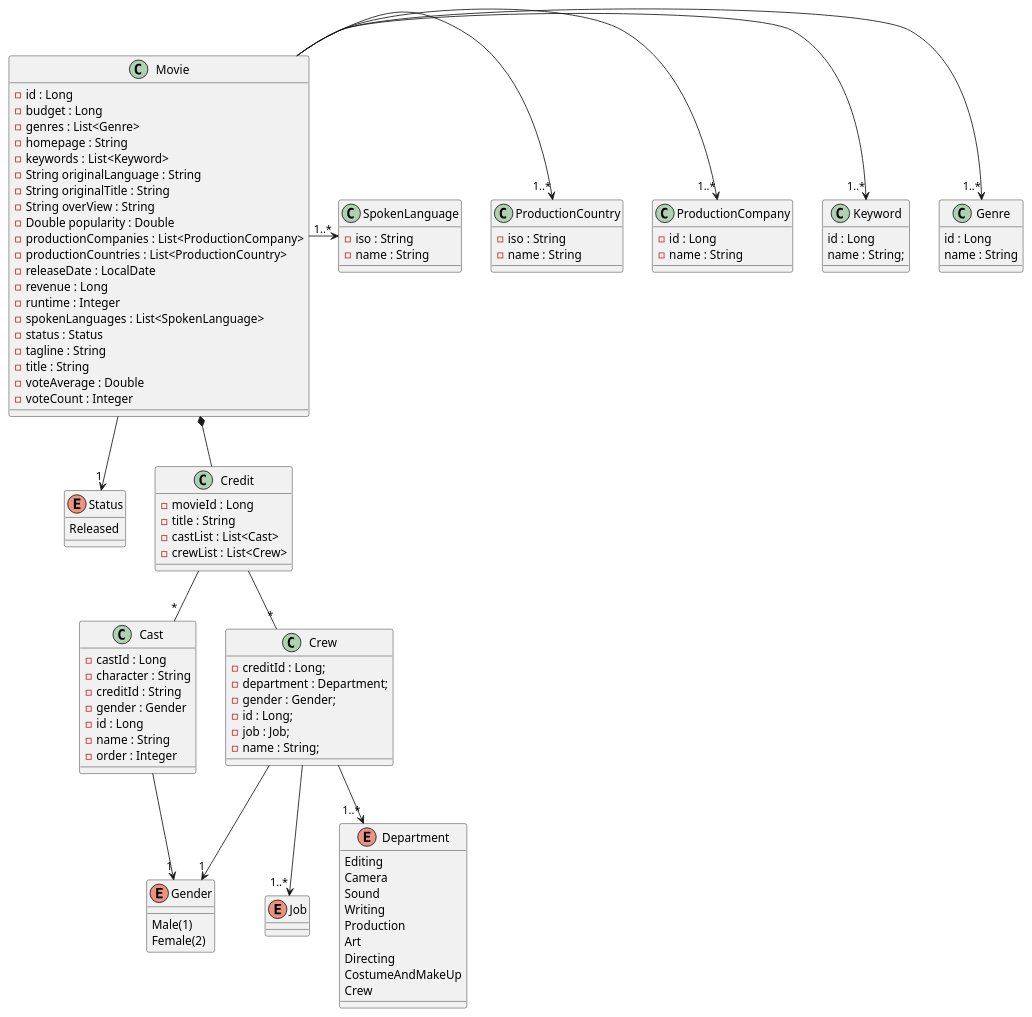
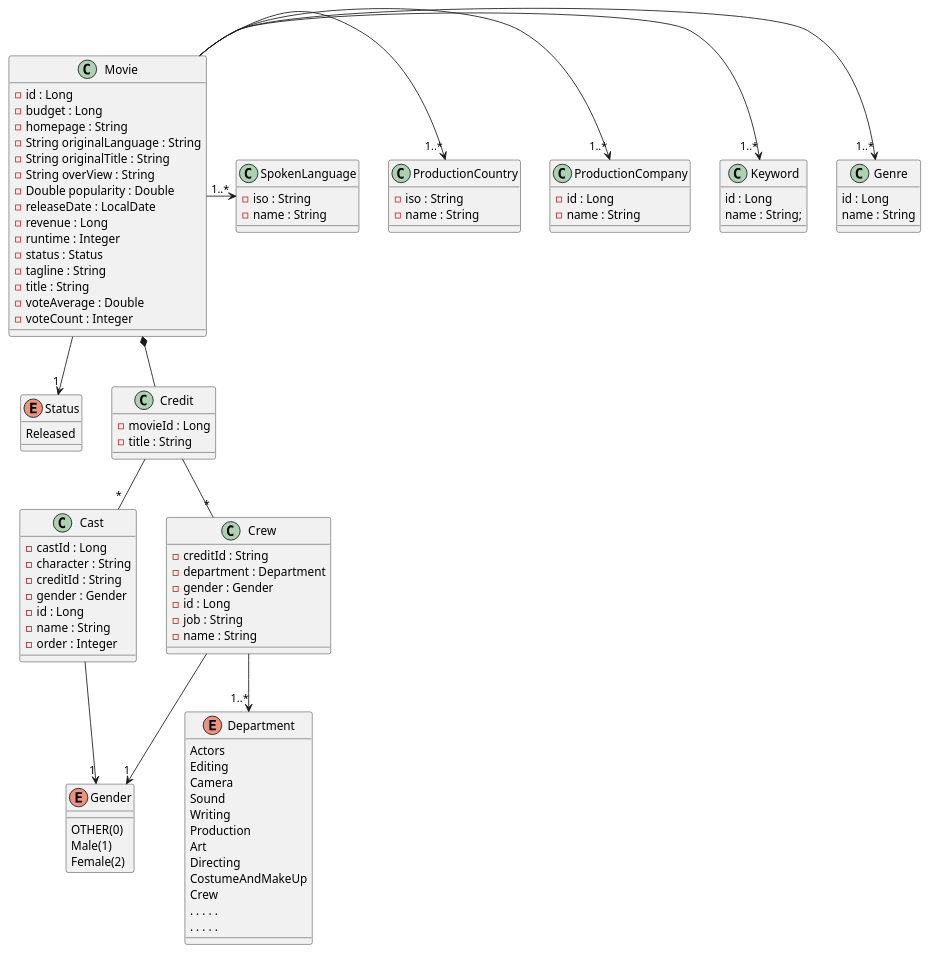
The diagram in src/main/resources/class.puml (rimonmostafiz/fp-movies), drawn with PlantUML before and after one commit. The commit also changed 20 other files, not shown here.

Commit message:
Add CSVFileReader to read tmdb csv data, update models and class diagram

```diff
--- a/src/main/resources/class.puml
+++ b/src/main/resources/class.puml
@@ -1,118 +1,110 @@
 @startuml
 
 skinparam minClassWidth 50
 
 class Movie {
     - id : Long
     - budget : Long
-    - genres : List<Genre>
     - homepage : String
-    - keywords : List<Keyword>
     - String originalLanguage : String
     - String originalTitle : String
     - String overView : String
     - Double popularity : Double
-    - productionCompanies : List<ProductionCompany>
-    - productionCountries : List<ProductionCountry>
     - releaseDate : LocalDate
     - revenue : Long
     - runtime : Integer
-    - spokenLanguages : List<SpokenLanguage>
     - status : Status
     - tagline : String
     - title : String
     - voteAverage : Double
     - voteCount : Integer
 }
 
 class Genre {
     id : Long
     name : String
 }
 
 class Keyword {
     id : Long
     name : String;
 }
 
 enum Gender {
+    OTHER(0)
     Male(1)
     Female(2)
 }
 
 class ProductionCompany {
     - id : Long
     - name : String
 }
 
 class ProductionCountry {
     - iso : String
     - name : String
 }
 
 class SpokenLanguage {
     - iso : String
     - name : String
 }
 
 enum Status {
     Released
 }
 
 class Credit {
     - movieId : Long
     - title : String
-    - castList : List<Cast>
-    - crewList : List<Crew>
 }
 
 class Cast {
     - castId : Long
     - character : String
     - creditId : String
     - gender : Gender
     - id : Long
     - name : String
     - order : Integer
 }
 
 class Crew {
-    - creditId : Long;
-    - department : Department;
-    - gender : Gender;
-    - id : Long;
-    - job : Job;
-    - name : String;
-}
-
-enum Job {
-
+    - creditId : String
+    - department : Department
+    - gender : Gender
+    - id : Long
+    - job : String
+    - name : String
 }
 
 enum Department {
+    Actors
     Editing
     Camera
     Sound
     Writing
     Production
     Art
     Directing
     CostumeAndMakeUp
     Crew
+    . . . . .
+    . . . . .
 }
 
 Movie -> "1..*" Genre
 Movie -> "1..*" Keyword
 Movie -> "1..*" ProductionCompany
 Movie -> "1..*" ProductionCountry
 Movie -> "1..*" SpokenLanguage
 Movie *-- Credit
 Movie --> "1" Status
 Credit -- "*" Crew
 Credit -- "*" Cast
 Crew --> "1..*" Department
-Crew --> "1..*" Job
 Crew --> "1" Gender
 Cast --> "1" Gender
 
 @enduml
```
